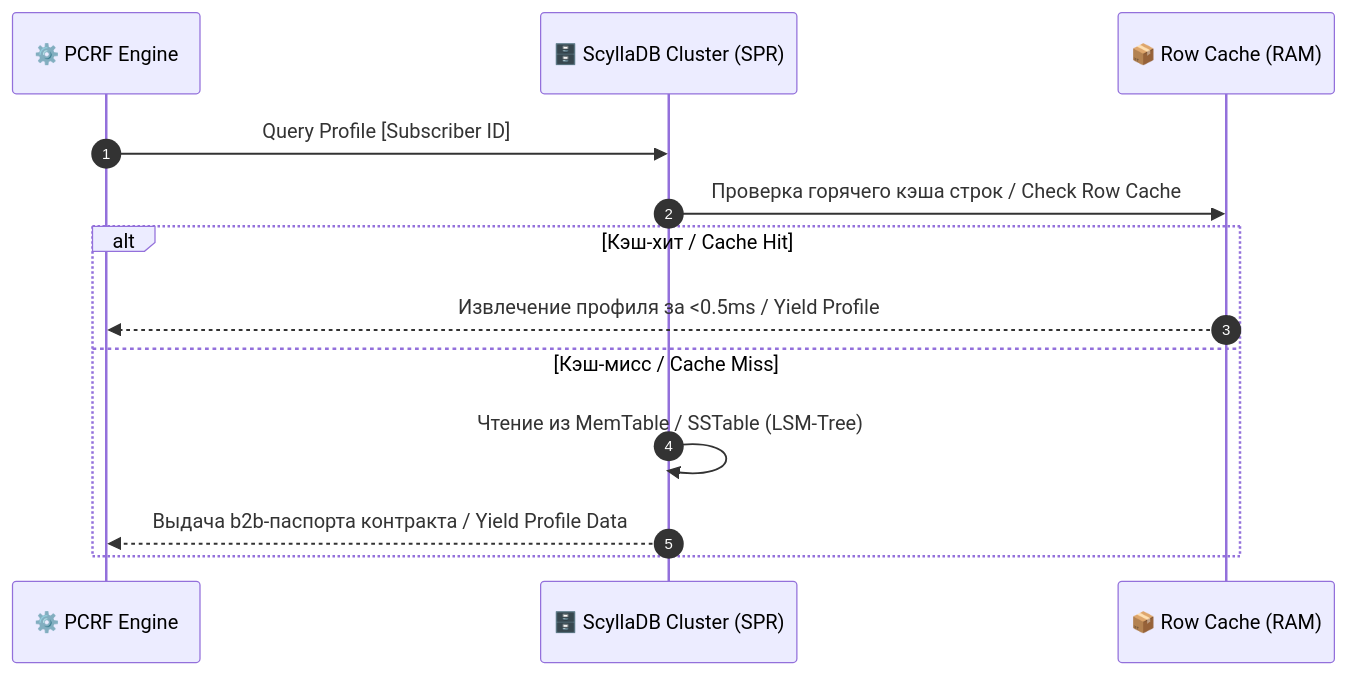
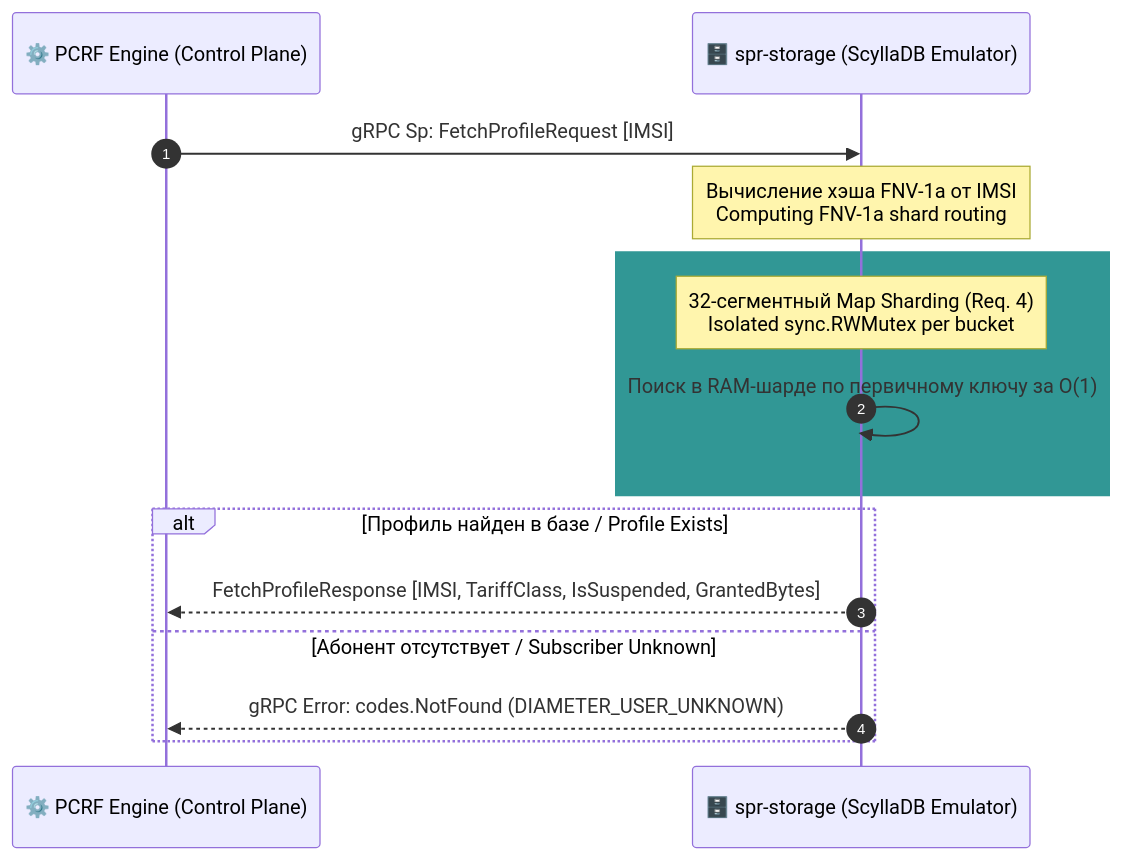
Before and after one commit to system-highload-architect/pcef-shaper-system: the diagram in docs/specification/spr-specification.md, drawn with Mermaid. The commit also changed other lines of this file and 4 other files, not shown here.

Commit message:
docs: completed 100% overhaul of the architecture specs and technical SRS files to align with Go 1.26 code

````diff
--- a/docs/specification/spr-specification.md
+++ b/docs/specification/spr-specification.md
@@ -11,16 +11,20 @@
 ```mermaid
 sequenceDiagram
     autonumber
-    participant PCRF as ⚙️ PCRF Engine
-    participant SPR as 🗄️ ScyllaDB Cluster (SPR)
-    participant RAM as 📦 Row Cache (RAM)
+    participant PCRF as ⚙️ PCRF Engine (Control Plane)
+    participant SPR as 🗄️ spr-storage (ScyllaDB Emulator)
 
-    PCRF->>SPR: Query Profile [Subscriber ID]
-    SPR->>RAM: Проверка горячего кэша строк / Check Row Cache
-    alt Кэш-хит / Cache Hit
-        RAM-->>PCRF: Извлечение профиля за <0.5ms / Yield Profile
-    else Кэш-мисс / Cache Miss
-        SPR->>SPR: Чтение из MemTable / SSTable (LSM-Tree)
-        SPR-->>PCRF: Выдача b2b-паспорта контракта / Yield Profile Data
+    PCRF->>SPR: gRPC Sp: FetchProfileRequest [IMSI]
+    Note over SPR: Вычисление хэша FNV-1a от IMSI<br/>Computing FNV-1a shard routing
+	
+    rect rgb(49, 151, 149)
+        Note over SPR: 32-сегментный Map Sharding (Req. 4)<br/>Isolated sync.RWMutex per bucket
+        SPR->>SPR: Поиск в RAM-шарде по первичному ключу за O(1)
+    end
+
+    alt Профиль найден в базе / Profile Exists
+        SPR-->>PCRF: FetchProfileResponse [IMSI, TariffClass, IsSuspended, GrantedBytes]
+    else Абонент отсутствует / Subscriber Unknown
+        SPR-->>PCRF: gRPC Error: codes.NotFound (DIAMETER_USER_UNKNOWN)
     end
 ```
````
